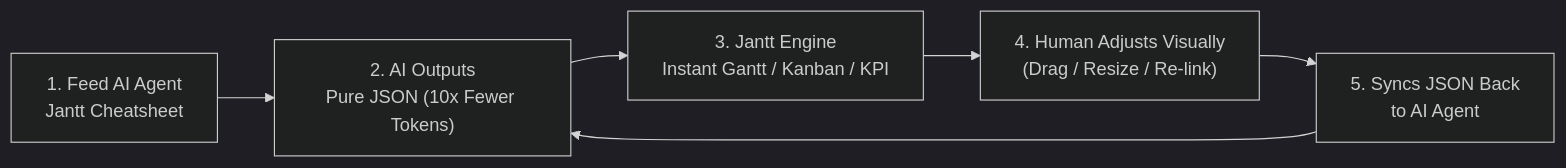
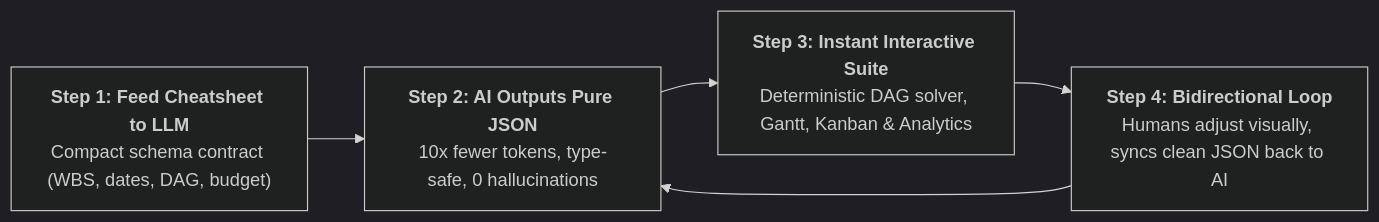
One commit to AhmadHassan-BTed/Jantt changed the first of 3 diagrams in README.md. Above: the diagram before and after it, drawn with Mermaid (dark theme). The commit also changed other lines of this file and 1 other file, not shown here.

Commit message:
docs: add AI Agent Workbench, LLM System Prompt, and AI-Native Ideology to README and cheatsheet

````diff
--- a/README.md
+++ b/README.md
@@ -43,8 +51,7 @@
 ```mermaid
 flowchart LR
-    A["1. Feed AI Agent<br/>Jantt Cheatsheet"] --> B["2. AI Outputs<br/>Pure JSON (10x Fewer Tokens)"]
-    B --> C["3. Jantt Engine<br/>Instant Gantt / Kanban / KPI"]
-    C --> D["4. Human Adjusts Visually<br/>(Drag / Resize / Re-link)"]
-    D --> E["5. Syncs JSON Back<br/>to AI Agent"]
-    E --> B
+    A["<b>Step 1: Feed Cheatsheet to LLM</b><br/>Compact schema contract (WBS, dates, DAG, budget)"] --> B["<b>Step 2: AI Outputs Pure JSON</b><br/>10x fewer tokens, type-safe, 0 hallucinations"]
+    B --> C["<b>Step 3: Instant Interactive Suite</b><br/>Deterministic DAG solver, Gantt, Kanban & Analytics"]
+    C --> D["<b>Step 4: Bidirectional Loop</b><br/>Humans adjust visually, syncs clean JSON back to AI"]
+    D --> B
 ```
````
